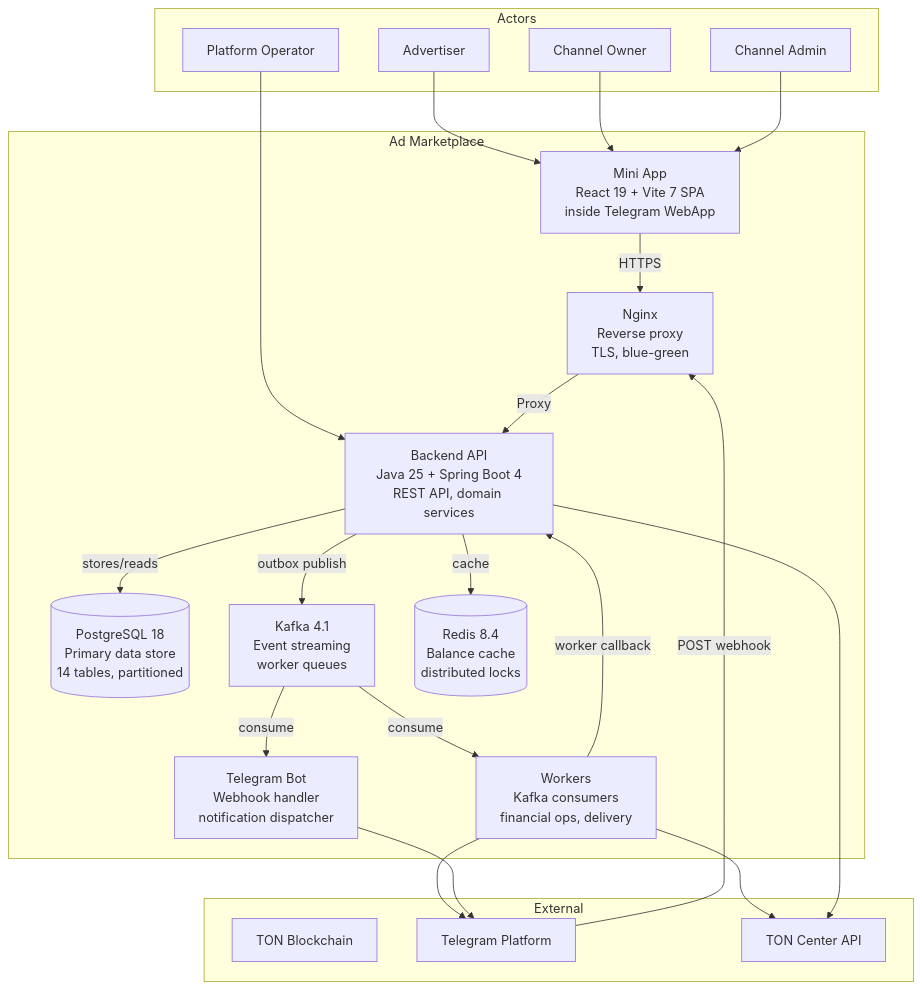
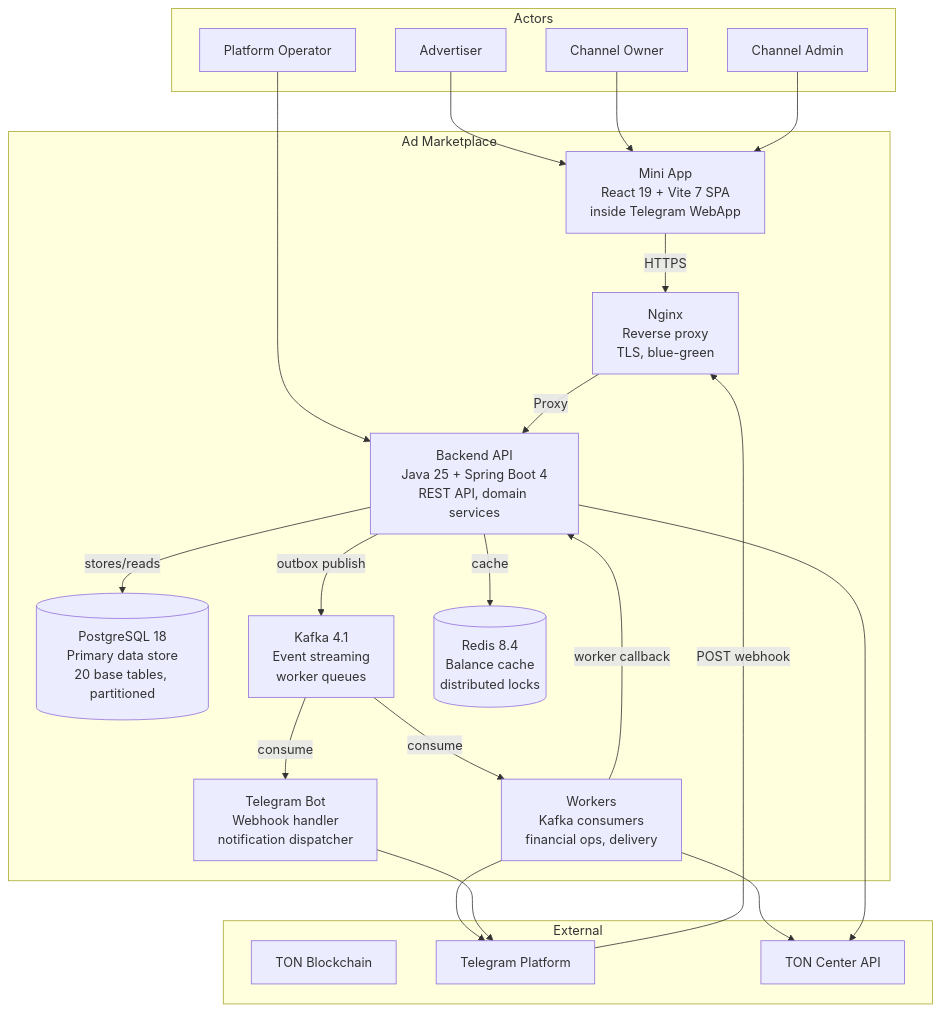
The diagram in .memory-bank/04-architecture/02-containers.md (lonmstalker/advert-market), drawn with Mermaid before and after one commit. The commit also changed other lines of this file and 23 other files, not shown here.

````diff
--- a/.memory-bank/04-architecture/02-containers.md
+++ b/.memory-bank/04-architecture/02-containers.md
@@ -9,45 +9,45 @@
 ```mermaid
 flowchart TB
     subgraph Actors
         ADV[Advertiser]
         CO[Channel Owner]
         CA[Channel Admin]
         PO[Platform Operator]
     end
 
     subgraph "Ad Marketplace"
         NGX[Nginx<br/>Reverse proxy<br/>TLS, blue-green]
         MINI[Mini App<br/>React 19 + Vite 7 SPA<br/>inside Telegram WebApp]
         API[Backend API<br/>Java 25 + Spring Boot 4<br/>REST API, domain services]
         BOT[Telegram Bot<br/>Webhook handler<br/>notification dispatcher]
         WORK[Workers<br/>Kafka consumers<br/>financial ops, delivery]
-        PG[(PostgreSQL 18<br/>Primary data store<br/>14 tables, partitioned)]
+        PG[(PostgreSQL 18<br/>Primary data store<br/>20 base tables, partitioned)]
         KF[Kafka 4.1<br/>Event streaming<br/>worker queues]
         RD[(Redis 8.4<br/>Balance cache<br/>distributed locks)]
     end
 
     subgraph External
         TON[TON Blockchain]
         TG[Telegram Platform]
         TONAPI[TON Center API]
     end
 
     ADV --> MINI
     CO --> MINI
     CA --> MINI
     PO --> API
     TG -->|POST webhook| NGX
 
     MINI -->|HTTPS| NGX
     NGX -->|Proxy| API
     API -->|stores/reads| PG
     API -->|cache| RD
     API -->|outbox publish| KF
     KF -->|consume| WORK
     KF -->|consume| BOT
     WORK -->|worker callback| API
     WORK --> TONAPI
     WORK --> TG
     BOT --> TG
     API --> TONAPI
 ```
````
